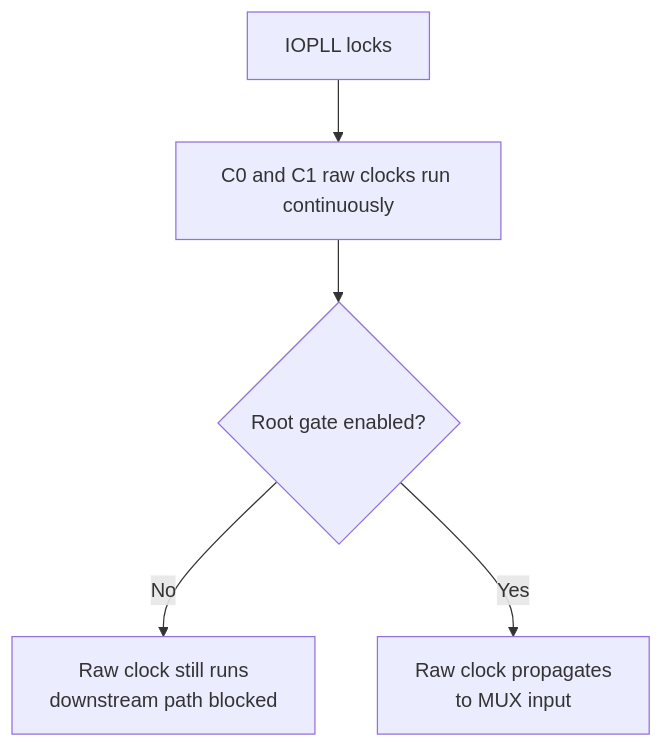
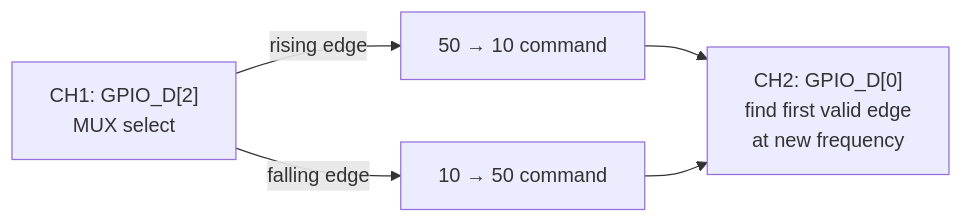
Before and after one commit to Jiayhocoding/iopll_niosv_50_10_mux_gating: the fifth of 6 diagrams in README.md, drawn with Mermaid. The commit also changed other lines of this file, not shown here.

````diff
--- a/README.md
+++ b/README.md
@@ -205,7 +226,7 @@
 ```mermaid
-flowchart TD
-    S["IOPLL locks"] --> R["C0 and C1 raw clocks run continuously"]
-    R --> Q{"Root gate enabled?"}
-    Q -->|"No"| B["Raw clock still runs<br/>downstream path blocked"]
-    Q -->|"Yes"| P["Raw clock propagates<br/>to MUX input"]
+flowchart LR
+    TRIG["CH1: GPIO_D[2]<br/>MUX select"] -->|"rising edge"| FWD["50 → 10 command"]
+    TRIG -->|"falling edge"| REV["10 → 50 command"]
+    FWD --> OBS["CH2: GPIO_D[0]<br/>find first valid edge<br/>at new frequency"]
+    REV --> OBS
 ```
````
